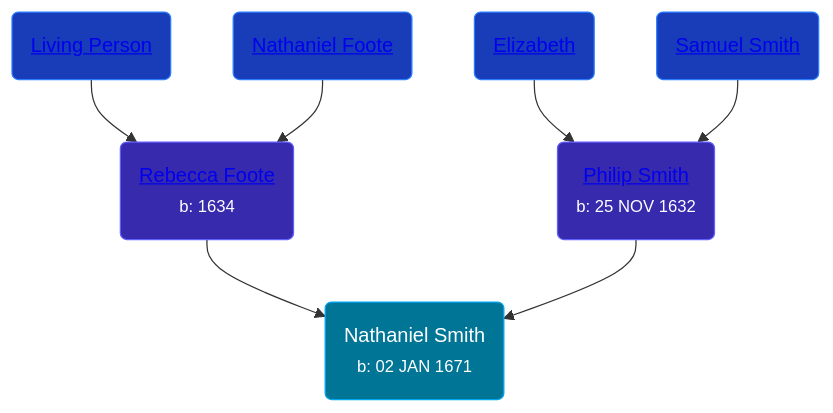
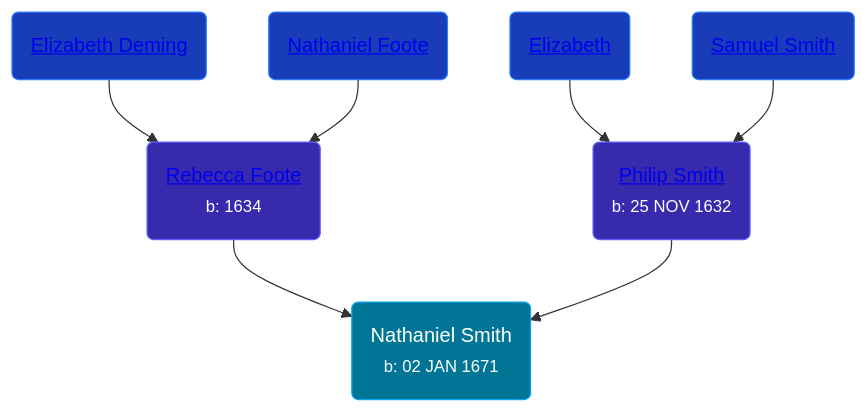
The diagram in pages/people/8/82150350.md (wpmgotkh/wpmgotkh.github.io), drawn with Mermaid before and after one commit. The commit also changed 586 other files, not shown here.

Commit message:
feat: better shouldConsiderPersonLiving algo

````diff
--- a/pages/people/8/82150350.md
+++ b/pages/people/8/82150350.md
@@ -10,13 +10,13 @@
 ```mermaid
 graph
 classDef grands fill:#193cb8,stroke:#2b7fff,stroke-width:1px,color:#fff;
 classDef parents fill:#372aac,stroke:#615fff,stroke-width:1px,color:#fff;
 classDef primary fill:#007595,stroke:#00a6f4,stroke-width:1px,color:#fff;
 82150350(Nathaniel Smith<br /><small>b: 02 JAN 1671</small>):::primary
 32470572(<a class="text-white" href="/people/3/32470572">Rebecca Foote</a><br /><small>b: 1634</small>):::parents-->82150350
-77201280(<a class="text-white" href="/people/7/77201280">Living Person</a>):::grands-->32470572
+77201280(<a class="text-white" href="/people/7/77201280">Elizabeth Deming</a>):::grands-->32470572
 64098820(<a class="text-white" href="/people/6/64098820">Nathaniel Foote</a>):::grands-->32470572
 61981014(<a class="text-white" href="/people/6/61981014">Philip Smith</a><br /><small>b: 25 NOV 1632</small>):::parents-->82150350
 71389724(<a class="text-white" href="/people/7/71389724">Elizabeth </a>):::grands-->61981014
 86804391(<a class="text-white" href="/people/8/86804391">Samuel Smith</a>):::grands-->61981014
 ```
````
